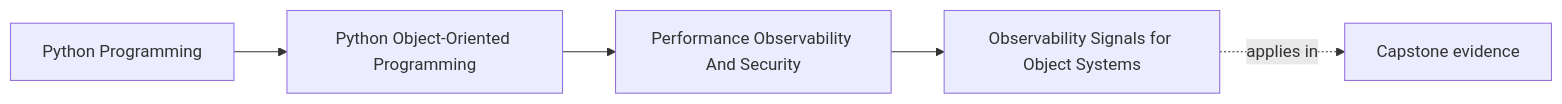
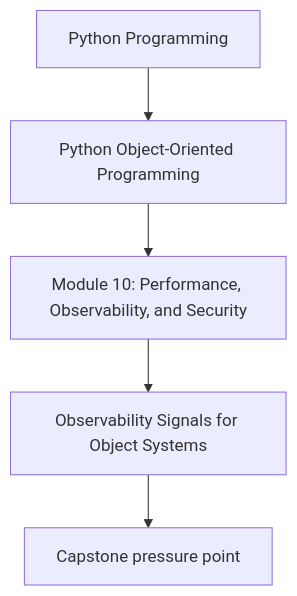
One commit to bijux/bijux-masterclass changed the first of 2 diagrams in programs/python-programming/python-object-oriented-programming/course-book/module-10-performance-observability-and-security/observability-signals-for-object-systems.md. Above: the diagram before and after it, drawn with Mermaid. The commit also changed other lines of this file and 107 other files, not shown here.

Commit message:
docs(python-object-oriented-programming): align concept page diagrams

````diff
--- a/programs/python-programming/python-object-oriented-programming/course-book/module-10-performance-observability-and-security/observability-signals-for-object-systems.md
+++ b/programs/python-programming/python-object-oriented-programming/course-book/module-10-performance-observability-and-security/observability-signals-for-object-systems.md
@@ -7,11 +7,7 @@
 ```mermaid
-graph LR
-  family["Python Programming"]
-  program["Python Object-Oriented Programming"]
-  section["Performance Observability And Security"]
-  page["Observability Signals for Object Systems"]
-  capstone["Capstone evidence"]
-
-  family --> program --> section --> page
-  page -.applies in.-> capstone
+flowchart TD
+  family["Python Programming"] --> program["Python Object-Oriented Programming"]
+  program --> module["Module 10: Performance, Observability, and Security"]
+  module --> concept["Observability Signals for Object Systems"]
+  concept --> capstone["Capstone pressure point"]
 ```
````
